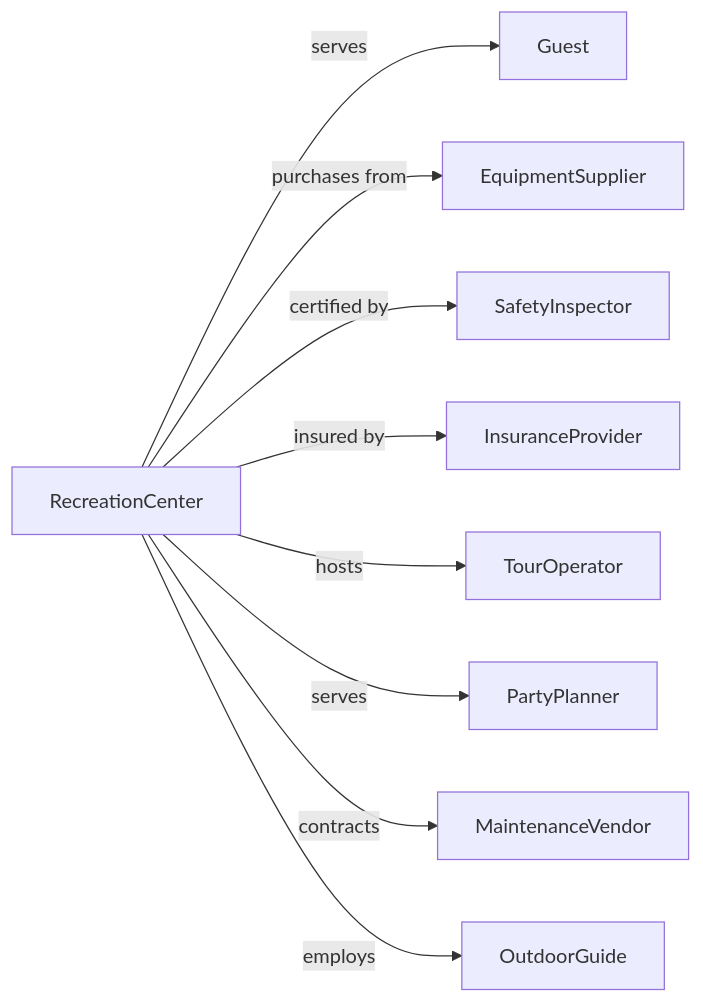
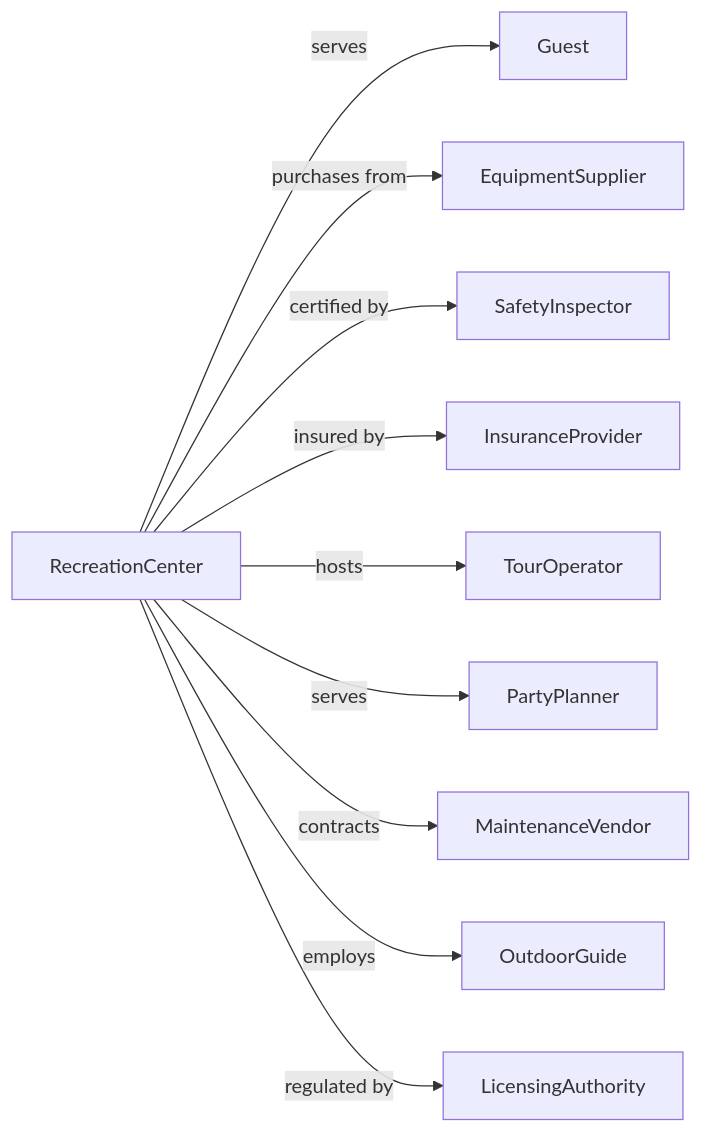
One commit to dot-org-ai/industries.org.ai changed the second of 2 diagrams in Arts/AmusementGamblingAndRecreationIndustries/OtherAmusementAndRecreationIndustries/AllOtherAmusementAndRecreationIndustries.mdx. Above: the diagram before and after it, drawn with Mermaid. The commit also changed 588 other files, not shown here.

````diff
--- a/Arts/AmusementGamblingAndRecreationIndustries/OtherAmusementAndRecreationIndustries/AllOtherAmusementAndRecreationIndustries.mdx
+++ b/Arts/AmusementGamblingAndRecreationIndustries/OtherAmusementAndRecreationIndustries/AllOtherAmusementAndRecreationIndustries.mdx
@@ -127,13 +127,14 @@
 ```mermaid
 graph LR
     R[RecreationCenter]
 
     R -->|serves| Guest
     R -->|purchases from| EquipmentSupplier
     R -->|certified by| SafetyInspector
     R -->|insured by| InsuranceProvider
     R -->|hosts| TourOperator
     R -->|serves| PartyPlanner
     R -->|contracts| MaintenanceVendor
     R -->|employs| OutdoorGuide
+    R -->|regulated by| LicensingAuthority
 ```
````
